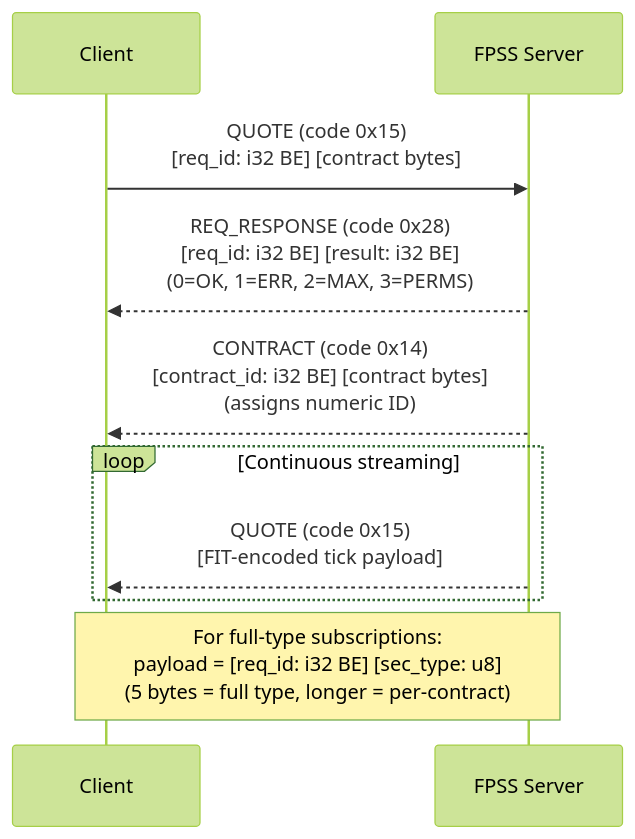
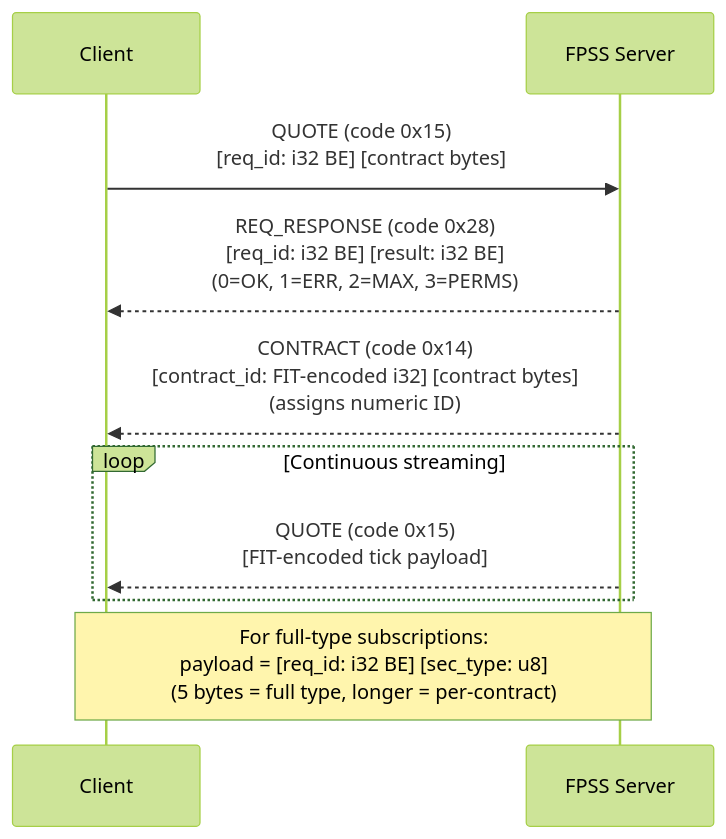
Before and after one commit to userFRM/ThetaDataDx: the ninth of 14 diagrams in docs/architecture.md, drawn with Mermaid (forest theme). The commit also changed other lines of this file and 8 other files, not shown here.

````diff
--- a/docs/architecture.md
+++ b/docs/architecture.md
@@ -228,16 +236,16 @@
 ```mermaid
 sequenceDiagram
     participant C as Client
     participant S as FPSS Server
 
     C->>S: QUOTE (code 0x15)<br/>[req_id: i32 BE] [contract bytes]
     S-->>C: REQ_RESPONSE (code 0x28)<br/>[req_id: i32 BE] [result: i32 BE]<br/>(0=OK, 1=ERR, 2=MAX, 3=PERMS)
 
-    S-->>C: CONTRACT (code 0x14)<br/>[contract_id: i32 BE] [contract bytes]<br/>(assigns numeric ID)
+    S-->>C: CONTRACT (code 0x14)<br/>[contract_id: FIT-encoded i32] [contract bytes]<br/>(assigns numeric ID)
 
     loop Continuous streaming
         S-->>C: QUOTE (code 0x15)<br/>[FIT-encoded tick payload]
     end
 
     Note over C,S: For full-type subscriptions:<br/>payload = [req_id: i32 BE] [sec_type: u8]<br/>(5 bytes = full type, longer = per-contract)
 ```
````
